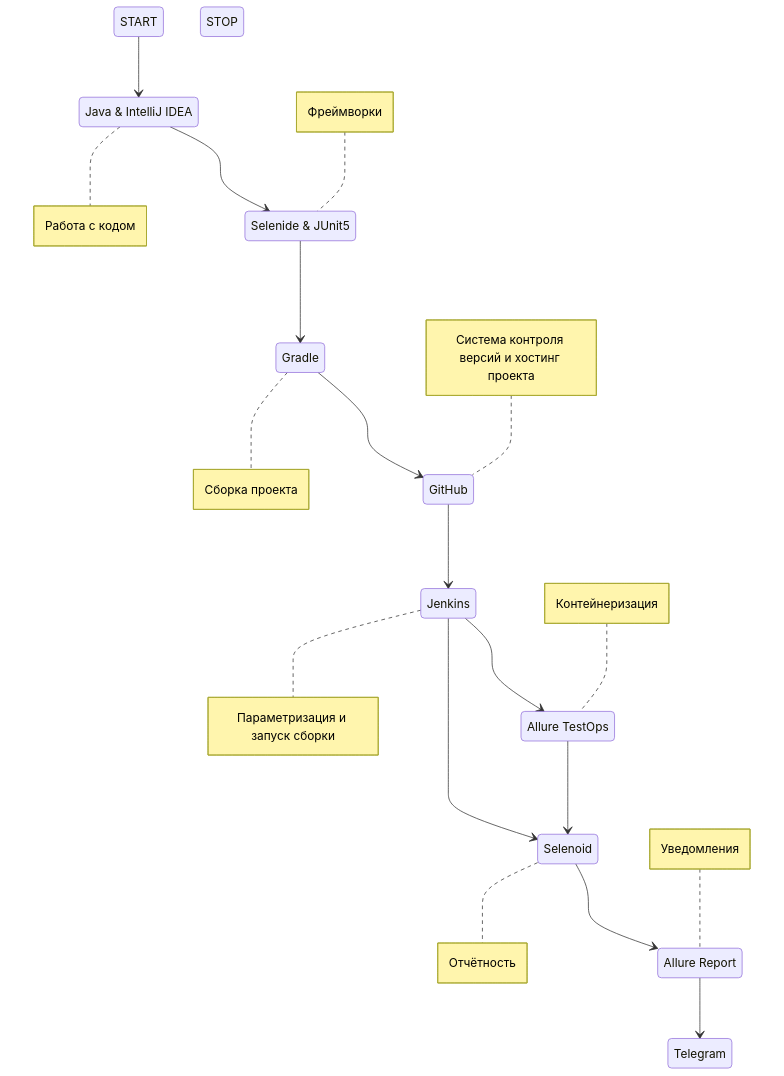
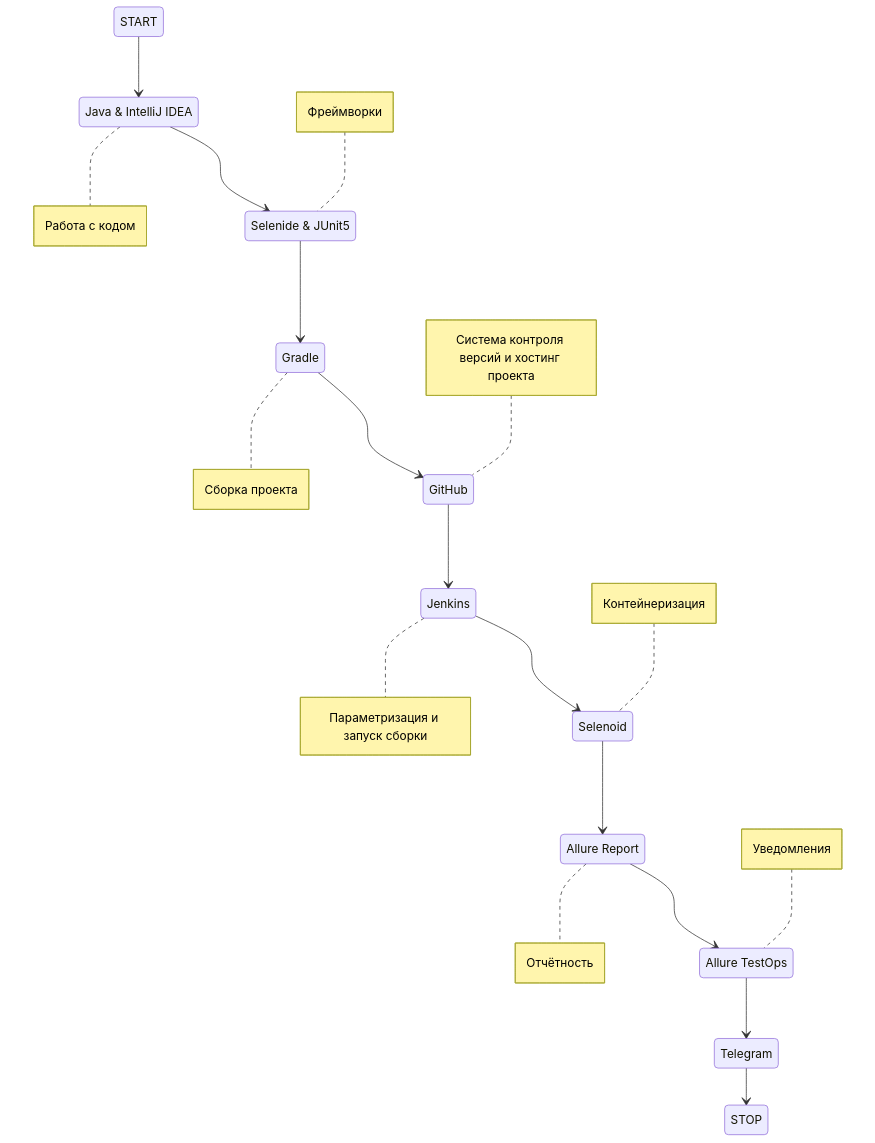
One commit to ddmitrishin/ui_diploma changed the diagram in README.md. Above: the diagram before and after it, drawn with Mermaid.

Commit message:
refactor readmy

````diff
--- a/README.md
+++ b/README.md
@@ -47,32 +47,32 @@
 ```mermaid        
     stateDiagram-v2
         State1: START
         State2: Java & IntelliJ IDEA
         State3: Selenide & JUnit5
         State4: Gradle
         State5: GitHub
         State6: Jenkins
-        State7: Allure TestOps
-        State8: Selenoid
-        State9: Allure Report
+        State7: Selenoid
+        State8: Allure Report
+        State9: Allure TestOps
         State10: Telegram
         State11: STOP
         State1 --> State2
         State2 --> State3
         State3 --> State4
         State4 --> State5
         State5 --> State6
         State6 --> State7
-        State6 --> State8
         State7 --> State8
         State8 --> State9
         State9 --> State10
+        State10 --> State11
         note right of State2 : Работа с кодом
         note left of State3 : Фреймворки
         note right of State4 : Сборка проекта
         note left of State5 : Система контроля версий и хостинг проекта
         note right of State6 : Параметризация и запуск сборки
         note left of State7 : Контейнеризация
         note right of State8 : Отчётность
         note left of State9 : Уведомления
 ```
````
